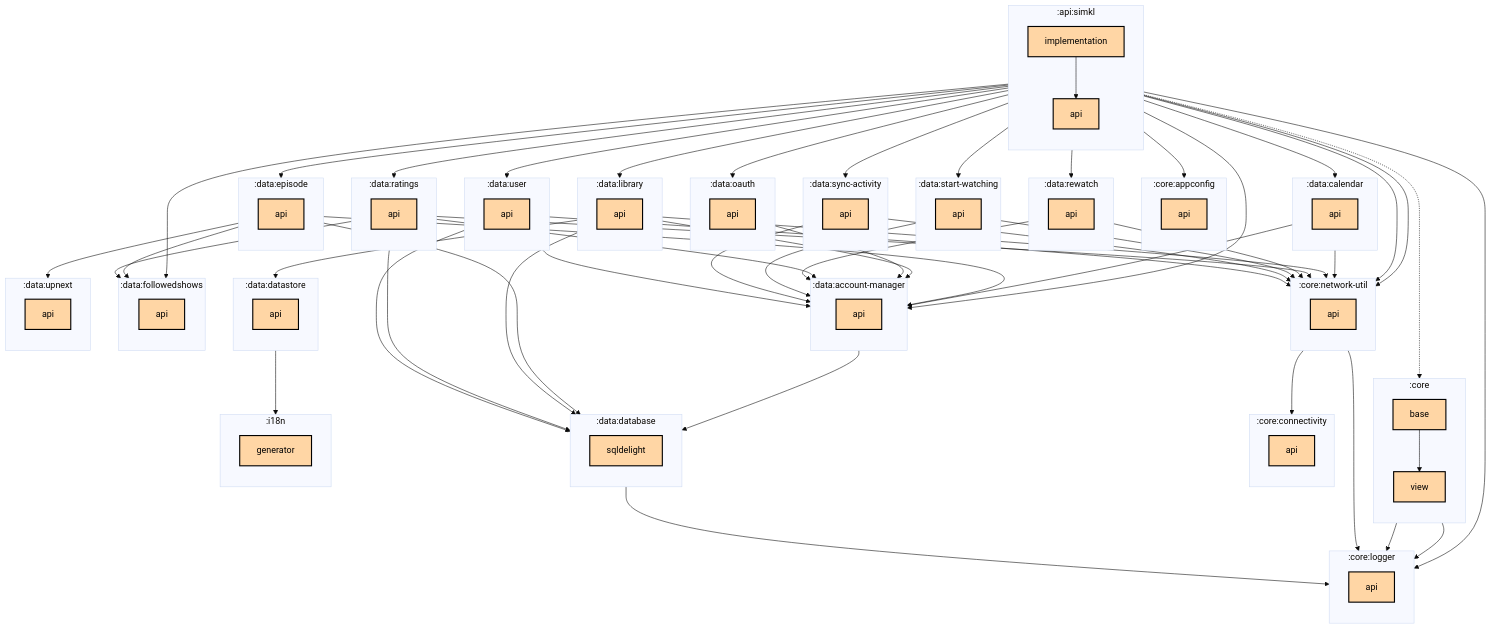
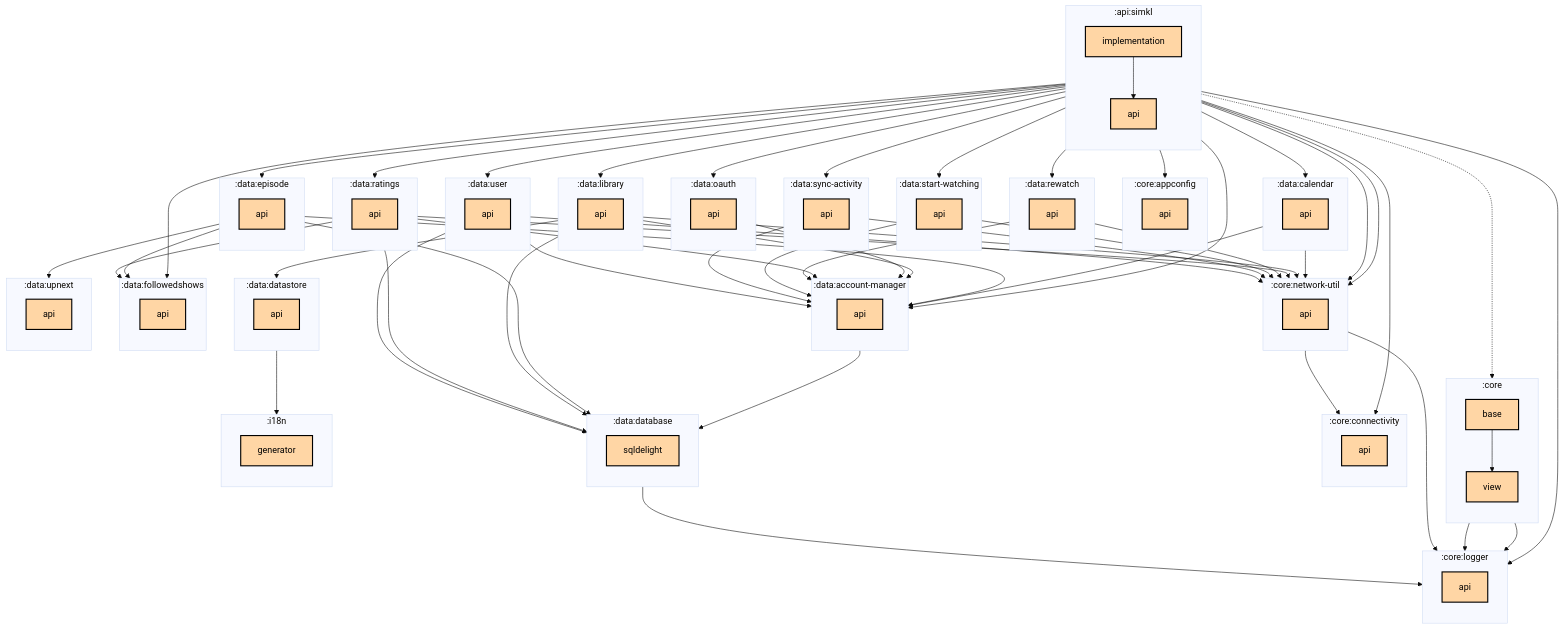
Before and after one commit to thomaskioko/tv-maniac: the first of 2 diagrams in api/simkl/implementation/README.md, drawn with Mermaid (base theme). The commit also changed 10 other files, not shown here.

```diff
--- a/api/simkl/implementation/README.md
+++ b/api/simkl/implementation/README.md
@@ -96,6 +96,7 @@
   :api:simkl:implementation --> :api:simkl:api
   :api:simkl:implementation --> :core:appconfig:api
   :api:simkl:implementation -.-> :core:base
+  :api:simkl:implementation --> :core:connectivity:api
   :api:simkl:implementation --> :core:logger:api
   :api:simkl:implementation --> :core:network-util:api
   :api:simkl:implementation --> :data:account-manager:api
```
